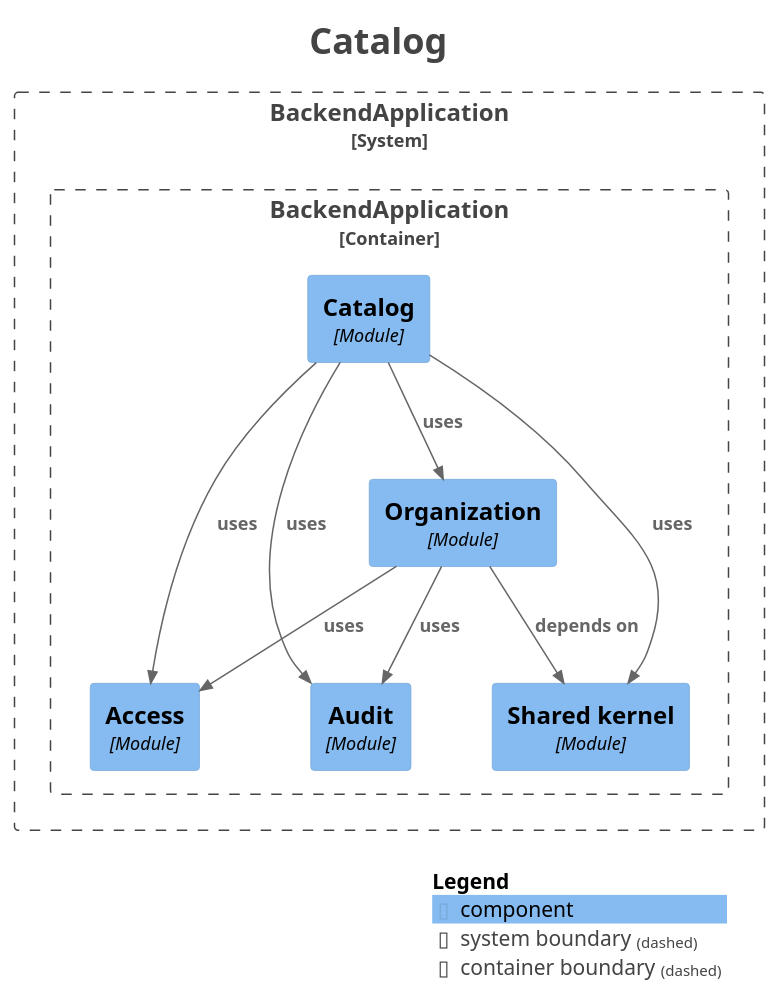
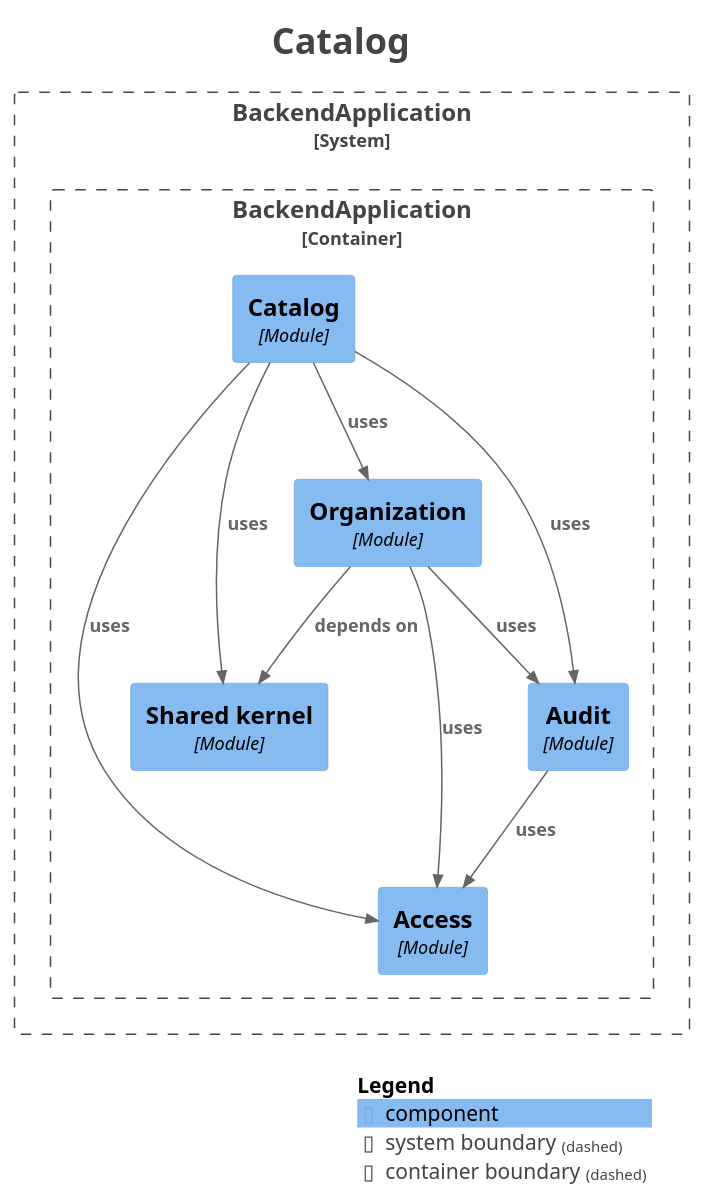
Before and after one commit to fxavier/restaurantePRO: the diagram in docs/architecture/modules/module-catalog.puml, drawn with PlantUML. The commit also changed 23 other files, not shown here.

First line of the commit message:
docs(architecture): regenerate the module documentation for R2

```diff
--- a/docs/architecture/modules/module-catalog.puml
+++ b/docs/architecture/modules/module-catalog.puml
@@ -1,39 +1,40 @@
 @startuml
 title <size:24>Catalog</size>
 
 set separator none
 top to bottom direction
 
 <style>
   root {
     BackgroundColor: #ffffff
     FontColor: #444444
   }
 </style>
 
 !include <C4/C4>
 !include <C4/C4_Context>
 !include <C4/C4_Component>
 
 System_Boundary("BackendApplication_boundary", "BackendApplication", $tags="") {
   Container_Boundary("BackendApplication.BackendApplication_boundary", "BackendApplication", $tags="") {
     Component(BackendApplication.BackendApplication.Access, "Access", $techn="Module", $descr="", $tags="", $link="")
+    Component(BackendApplication.BackendApplication.Sharedkernel, "Shared kernel", $techn="Module", $descr="", $tags="", $link="")
     Component(BackendApplication.BackendApplication.Audit, "Audit", $techn="Module", $descr="", $tags="", $link="")
-    Component(BackendApplication.BackendApplication.Sharedkernel, "Shared kernel", $techn="Module", $descr="", $tags="", $link="")
     Component(BackendApplication.BackendApplication.Organization, "Organization", $techn="Module", $descr="", $tags="", $link="")
     Component(BackendApplication.BackendApplication.Catalog, "Catalog", $techn="Module", $descr="", $tags="", $link="")
   }
 
 }
 
-Rel(BackendApplication.BackendApplication.Organization, BackendApplication.BackendApplication.Sharedkernel, "depends on", $techn="", $tags="", $link="")
-Rel(BackendApplication.BackendApplication.Organization, BackendApplication.BackendApplication.Audit, "uses", $techn="", $tags="", $link="")
-Rel(BackendApplication.BackendApplication.Organization, BackendApplication.BackendApplication.Access, "uses", $techn="", $tags="", $link="")
+Rel(BackendApplication.BackendApplication.Audit, BackendApplication.BackendApplication.Access, "uses", $techn="", $tags="", $link="")
 Rel(BackendApplication.BackendApplication.Catalog, BackendApplication.BackendApplication.Sharedkernel, "uses", $techn="", $tags="", $link="")
 Rel(BackendApplication.BackendApplication.Catalog, BackendApplication.BackendApplication.Access, "uses", $techn="", $tags="", $link="")
 Rel(BackendApplication.BackendApplication.Catalog, BackendApplication.BackendApplication.Audit, "uses", $techn="", $tags="", $link="")
 Rel(BackendApplication.BackendApplication.Catalog, BackendApplication.BackendApplication.Organization, "uses", $techn="", $tags="", $link="")
+Rel(BackendApplication.BackendApplication.Organization, BackendApplication.BackendApplication.Sharedkernel, "depends on", $techn="", $tags="", $link="")
+Rel(BackendApplication.BackendApplication.Organization, BackendApplication.BackendApplication.Audit, "uses", $techn="", $tags="", $link="")
+Rel(BackendApplication.BackendApplication.Organization, BackendApplication.BackendApplication.Access, "uses", $techn="", $tags="", $link="")
 
 SHOW_LEGEND(true)
 hide stereotypes
 @enduml
```
